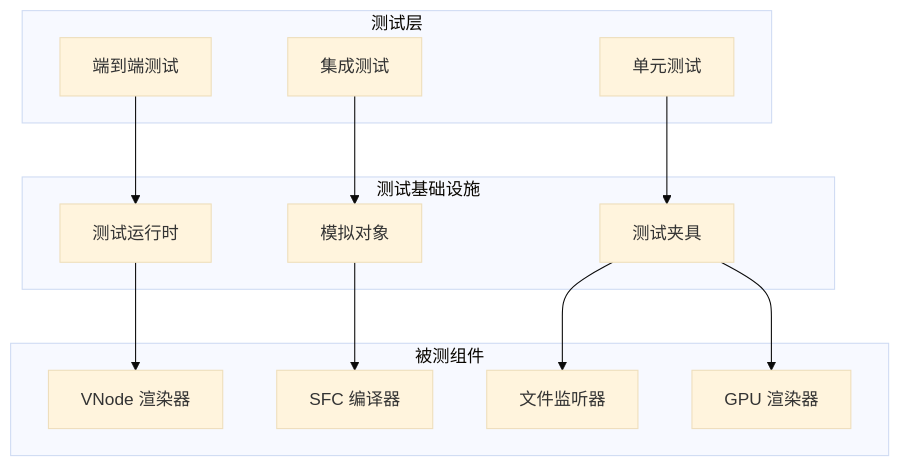
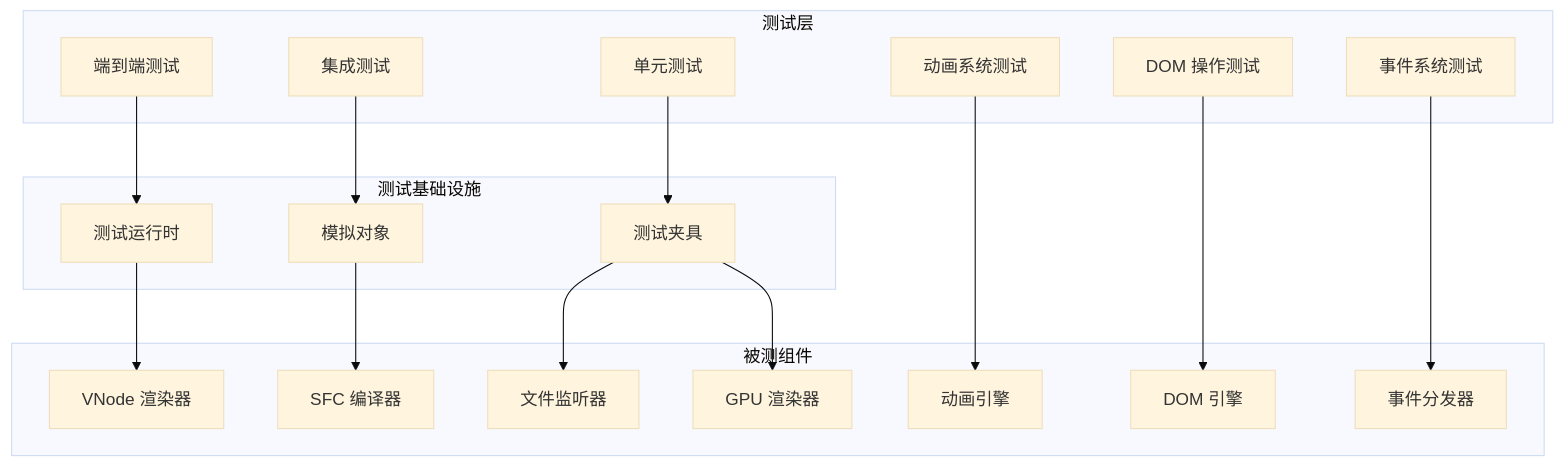
The third of 13 diagrams in .qoder/repowiki/zh/content/核心功能特性/工程化与商业化能力/测试框架与基础设施/测试框架与基础设施.md (itszzl-sudo/iris), drawn with Mermaid (base theme) before and after one commit. The commit also changed other lines of this file and 8 other files, not shown here.

````diff
--- a/.qoder/repowiki/zh/content/核心功能特性/工程化与商业化能力/测试框架与基础设施/测试框架与基础设施.md
+++ b/.qoder/repowiki/zh/content/核心功能特性/工程化与商业化能力/测试框架与基础设施/测试框架与基础设施.md
@@ -121,26 +148,35 @@
 ```mermaid
 graph TB
 subgraph "测试层"
 E2E[端到端测试]
 INTEGRATION[集成测试]
 UNIT[单元测试]
+ANIMATION[动画系统测试]
+DOM[DOM 操作测试]
+EVENT[事件系统测试]
 end
 subgraph "测试基础设施"
 RUNTIME[测试运行时]
 MOCK[模拟对象]
 FIXTURE[测试夹具]
 end
 subgraph "被测组件"
 RENDERER[VNode 渲染器]
 COMPILER[SFC 编译器]
 WATCHER[文件监听器]
 GPU[GPU 渲染器]
+ANIM_ENGINE[动画引擎]
+DOM_ENGINE[DOM 引擎]
+EVENT_DISPATCH[事件分发器]
 end
 E2E --> RUNTIME
 INTEGRATION --> MOCK
 UNIT --> FIXTURE
+ANIMATION --> ANIM_ENGINE
+DOM --> DOM_ENGINE
+EVENT --> EVENT_DISPATCH
 RUNTIME --> RENDERER
 MOCK --> COMPILER
 FIXTURE --> WATCHER
 FIXTURE --> GPU
 ```
````
